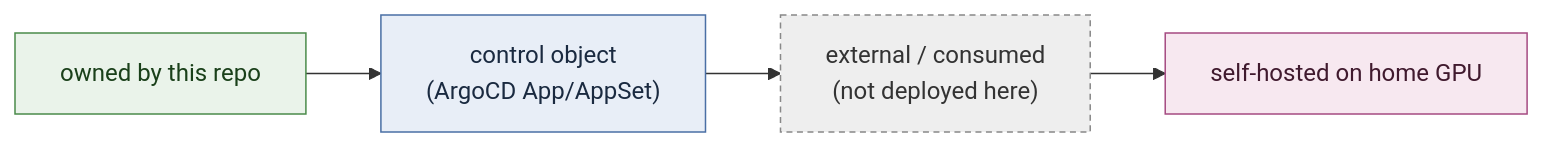
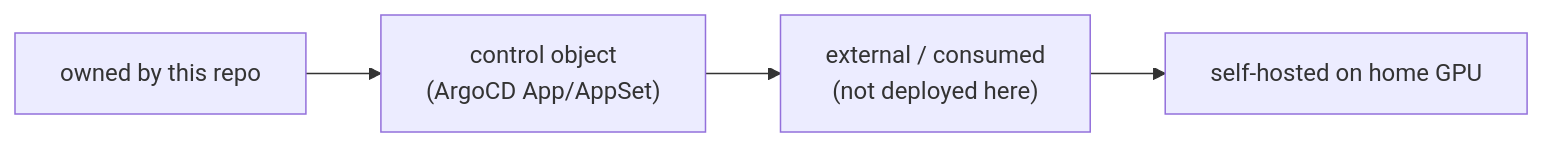
Before and after one commit to ADORSYS-GIS/ai-helm: the second of 2 diagrams in docs/architecture/README.md, drawn with Mermaid. The commit also changed other lines of this file and 13 other files, not shown here.

First line of the commit message:
docs(architecture): uncolor all mermaid; refresh CD/components; add diagrams

````diff
--- a/docs/architecture/README.md
+++ b/docs/architecture/README.md
@@ -86,13 +80,9 @@
 ```mermaid
 flowchart LR
-    OWN["owned by this repo"]:::own
-    CTRL["control object<br/>(ArgoCD App/AppSet)"]:::ctrl
-    EXT["external / consumed<br/>(not deployed here)"]:::ext
-    GPU["self-hosted on home GPU"]:::gpu
+    OWN["owned by this repo"]
+    CTRL["control object<br/>(ArgoCD App/AppSet)"]
+    EXT["external / consumed<br/>(not deployed here)"]
+    GPU["self-hosted on home GPU"]
     OWN --> CTRL --> EXT --> GPU
 
-    classDef own fill:#eaf3ea,stroke:#4a8a4a,color:#1a401a;
-    classDef ctrl fill:#e8eef7,stroke:#4a6fa5,color:#1a2a40;
-    classDef ext fill:#eee,stroke:#888,color:#333,stroke-dasharray:4 3;
-    classDef gpu fill:#f7e8f0,stroke:#a54a81,color:#401a2e;
 ```
````
